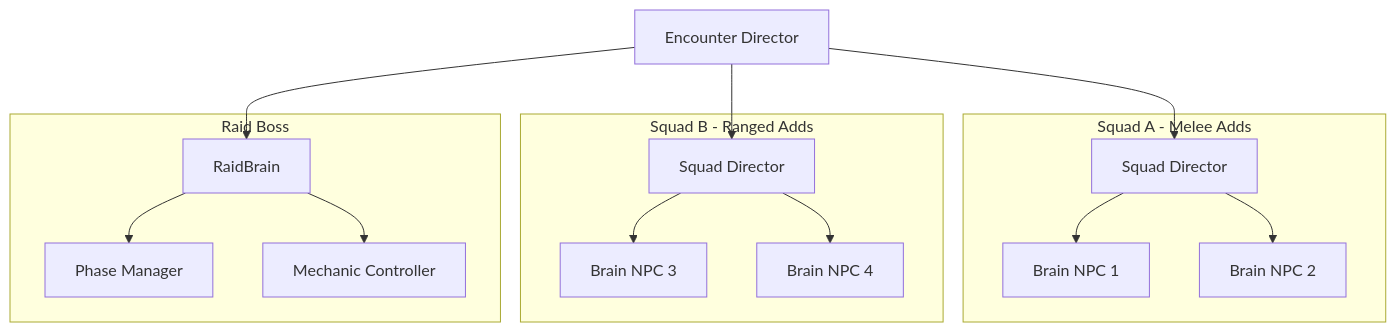
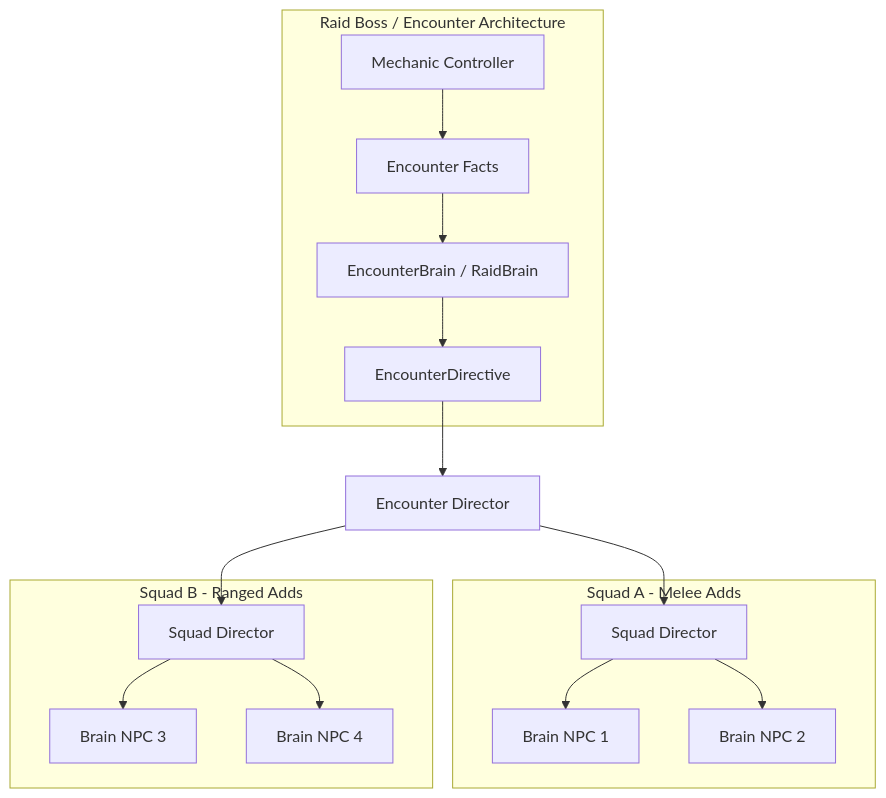
The diagram in L2Dn/Documentation/Architecture/Roadmap/09_Fase_6_Raid_Commander.md (Oravlalesco/l2dn-server), drawn with Mermaid before and after one commit. The commit also changed other lines of this file and 6 other files, not shown here.

````diff
--- a/L2Dn/Documentation/Architecture/Roadmap/09_Fase_6_Raid_Commander.md
+++ b/L2Dn/Documentation/Architecture/Roadmap/09_Fase_6_Raid_Commander.md
@@ -18,32 +18,33 @@
 ```mermaid
 flowchart TD
     EncounterDir[Encounter Director]
     
     subgraph Squad A - Melee Adds
         SquadDirA[Squad Director]
         Npc1[Brain NPC 1]
         Npc2[Brain NPC 2]
         SquadDirA --> Npc1
         SquadDirA --> Npc2
     end
     
     subgraph Squad B - Ranged Adds
         SquadDirB[Squad Director]
         Npc3[Brain NPC 3]
         Npc4[Brain NPC 4]
         SquadDirB --> Npc3
         SquadDirB --> Npc4
     end
     
-    subgraph Raid Boss
-        RaidBrain[RaidBrain]
-        PhaseManager[Phase Manager]
-        Mechanics[Mechanic Controller]
-        RaidBrain --> PhaseManager
-        RaidBrain --> Mechanics
+    subgraph Raid Boss / Encounter Architecture
+        MechanicController[Mechanic Controller]
+        EncounterFacts[Encounter Facts]
+        EncounterBrain[EncounterBrain / RaidBrain]
+        EncounterDirective[EncounterDirective]
+        
+        MechanicController --> EncounterFacts --> EncounterBrain --> EncounterDirective
     end
     
+    EncounterDirective --> EncounterDir
     EncounterDir --> SquadDirA
     EncounterDir --> SquadDirB
-    EncounterDir --> RaidBrain
 ```
````
